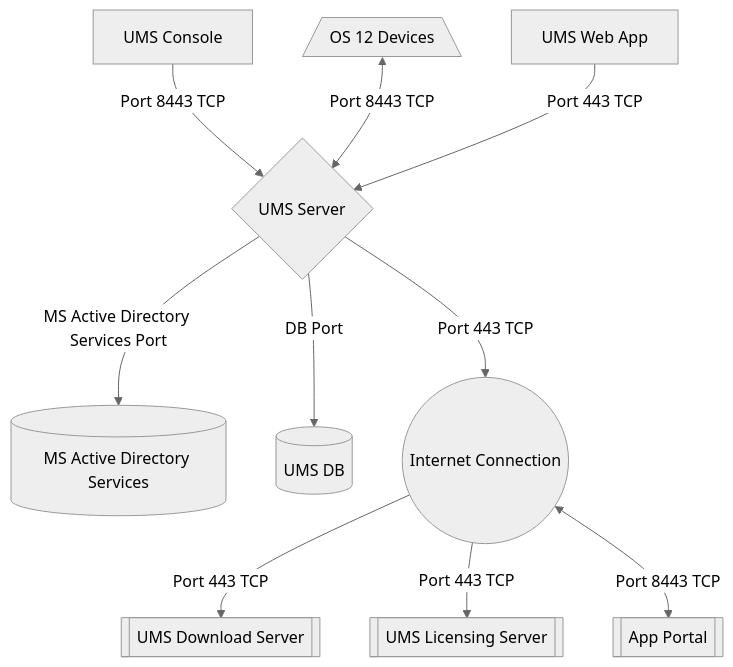
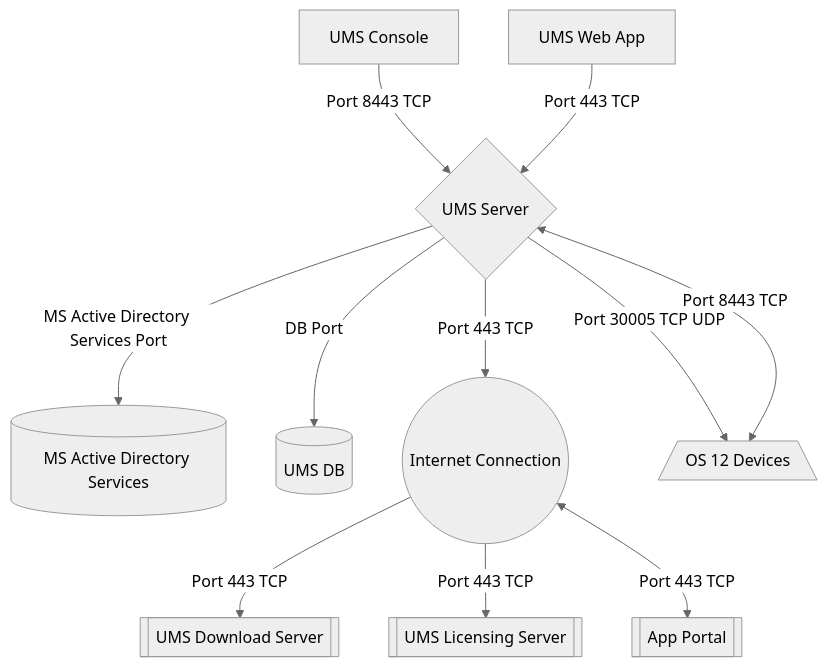
One commit to IGEL-Community/IGEL-Docs-v02 changed the third of 4 diagrams in docs/Docs/HOWTO-Basic-Setup-Guide.md. Above: the diagram before and after it, drawn with Mermaid (neutral theme). The commit also changed other lines of this file, not shown here.

Commit message:
Ports in diagrams

````diff
--- a/docs/Docs/HOWTO-Basic-Setup-Guide.md
+++ b/docs/Docs/HOWTO-Basic-Setup-Guide.md
@@ -184,12 +185,13 @@
 ```mermaid
 flowchart TD
   A[UMS Console]-- Port 8443 TCP --> C{UMS Server}
   C{UMS Server}-- MS Active Directory Services Port --> D[(MS Active Directory Services)]
   C{UMS Server}-- DB Port--> E[(UMS DB)]
   C{UMS Server}-- Port 443 TCP --> H((Internet Connection))
+  C{UMS Server}-- Port 30005 TCP UDP --> K[/OS 12 Devices\]
   H((Internet Connection))-- Port 443 TCP --> I[[UMS Download Server]]
   H((Internet Connection))-- Port 443 TCP --> J[[UMS Licensing Server]]
   K[/OS 12 Devices\]<-- Port 8443 TCP --> C{UMS Server}
   L[UMS Web App]-- Port 443 TCP --> C{UMS Server}
-  H((Internet Connection))<-- Port 8443 TCP --> P[[App Portal]]
+  H((Internet Connection))<-- Port 443 TCP --> P[[App Portal]]
 ```
````
